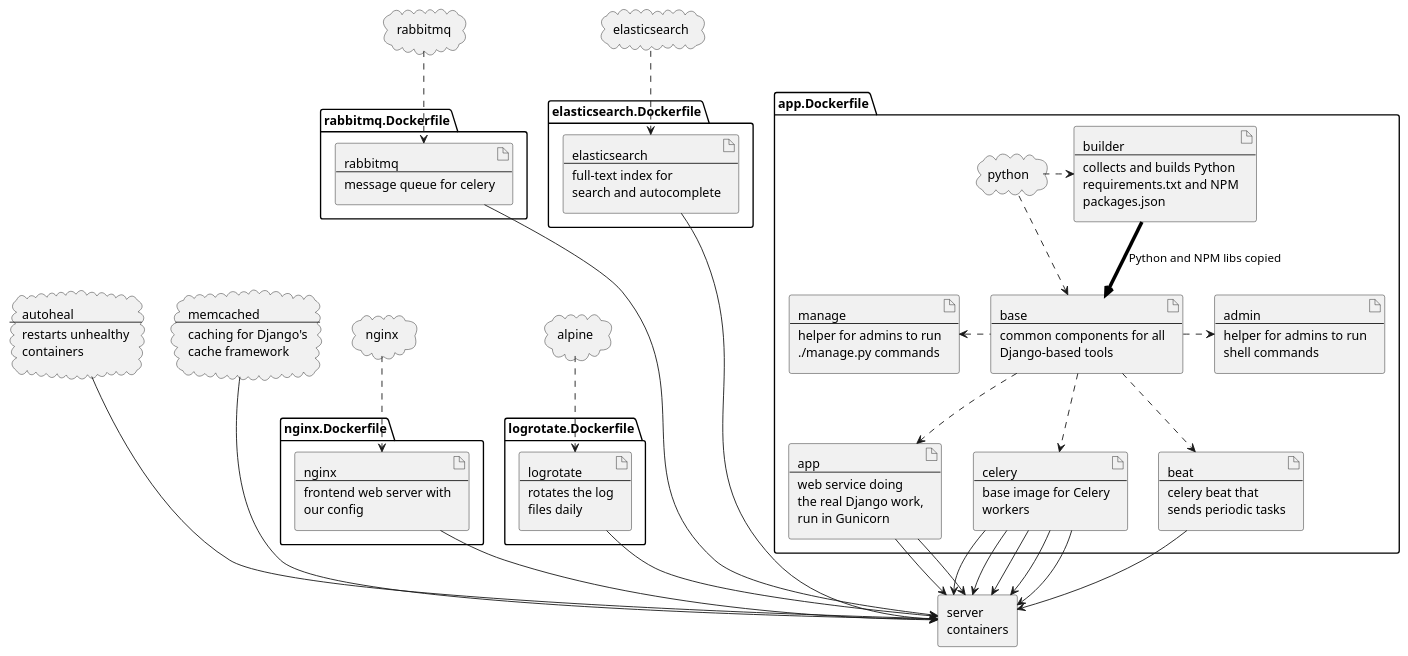
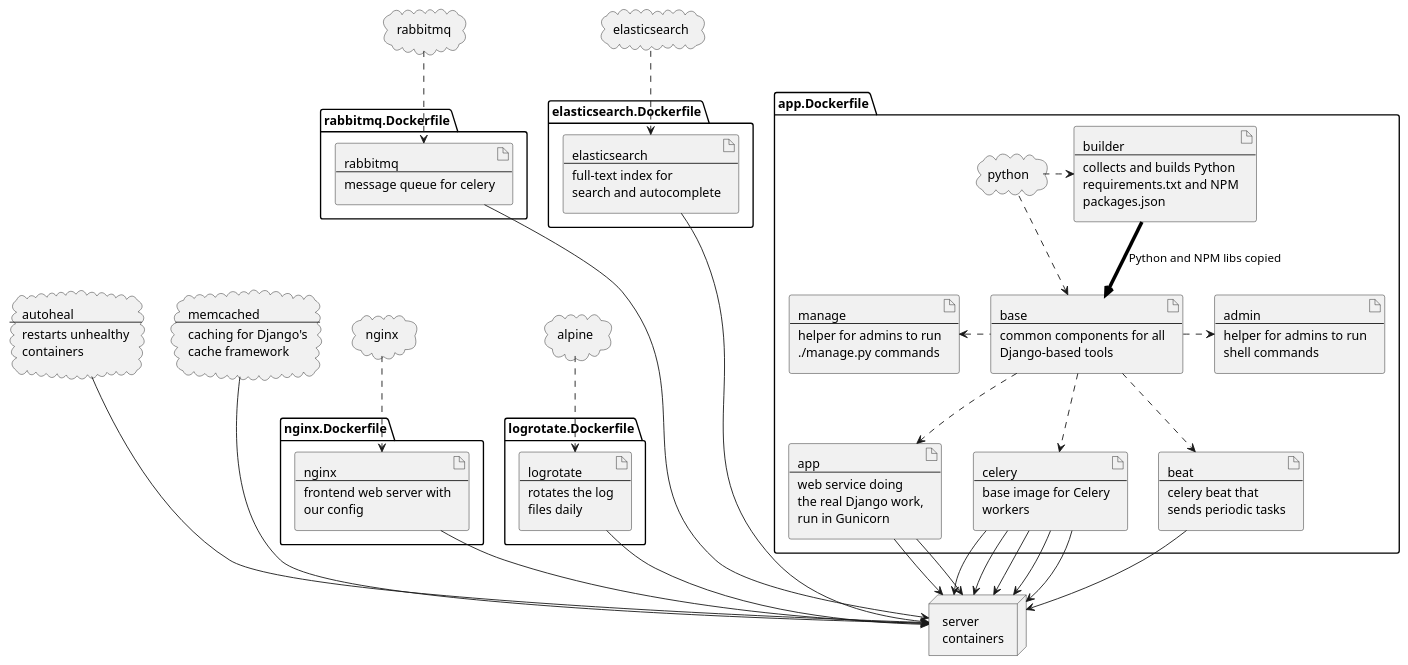
One commit to sfu-fas/coursys changed the diagram in instructions/dockerfiles.puml. Above: the diagram before and after it, drawn with PlantUML. The commit also changed 3 other files, not shown here.

```diff
--- a/instructions/dockerfiles.puml
+++ b/instructions/dockerfiles.puml
@@ -1,141 +1,141 @@
 @startuml
 
 package "app.Dockerfile" {
 
     artifact builder [
         builder
         ----
         collects and builds Python
         requirements.txt and NPM
         packages.json
     ]
     artifact base [
         base
         ----
         common components for all
         Django-based tools
     ]
     artifact app [
         app
         ----
         web service doing
         the real Django work,
         run in Gunicorn
     ]
     artifact celery [
         celery
         ----
         base image for Celery
         workers
     ]
     artifact beat [
         beat
         ----
         celery beat that
         sends periodic tasks
     ]
     artifact manage [
         manage
         ----
         helper for admins to run
         ./manage.py commands
     ]
     artifact admin [
         admin
         ----
         helper for admins to run
         shell commands
     ]
 
     builder -[#black,thickness=4]-> base :  Python and NPM libs copied
     base ..> app
     base ..> celery
     base ..> beat
     manage <. base
     base .> admin
 
     cloud python
     python .> builder
     python ..> base
 
 }
 
 package "nginx.Dockerfile" {
     artifact nginx [
         nginx
         ----
         frontend web server with
         our config
     ]
 }
 
 cloud nginx as nginx_base
 nginx_base ..> nginx
 
 package "logrotate.Dockerfile" {
     artifact logrotate [
         logrotate
         ----
         rotates the log
         files daily
     ]
 }
 
 cloud alpine
 alpine ..> logrotate
 
 package "rabbitmq.Dockerfile" {
     artifact rabbitmq [
         rabbitmq
         ----
         message queue for celery
     ]
 }
 
 cloud rabbitmq as rabbitmq_base
 rabbitmq_base ..> rabbitmq
 
 package "elasticsearch.Dockerfile" {
     artifact elasticsearch [
         elasticsearch
         ----
         full-text index for
         search and autocomplete
     ]
 }
 
 cloud elasticsearch as elasticsearch_base
 elasticsearch_base ..> elasticsearch
 
 
 cloud autoheal [
     autoheal
     ----
     restarts unhealthy
     containers
 ]
 cloud memcached [
     memcached
     ----
     caching for Django's
     cache framework
 ]
 
-agent "server\ncontainers" as server
+node "server\ncontainers" as server
 
 app --> server
 app --> server
 celery --> server
 celery --> server
 celery --> server
 celery --> server
 celery --> server
 beat --> server
 nginx --> server
 logrotate --> server
 rabbitmq ----> server
 elasticsearch ----> server
 autoheal ---> server
 memcached ---> server
 
 @enduml
```
